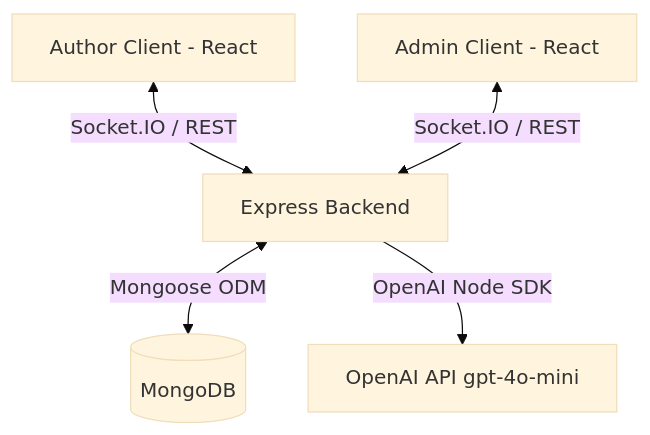
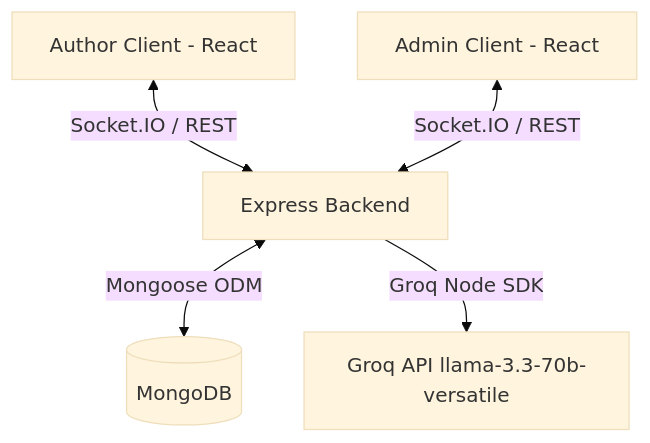
The diagram in README.md (sonu9716/bookleaf-assignment), drawn with Mermaid (base theme) before and after one commit. The commit also changed other lines of this file, not shown here.

Commit message:
Update README.md with Groq API setup instructions

````diff
--- a/README.md
+++ b/README.md
@@ -67,7 +67,7 @@
 ```mermaid
 graph TD
   A[Author Client - React] <-->|Socket.IO / REST| C[Express Backend]
   B[Admin Client - React] <-->|Socket.IO / REST| C
   C <-->|Mongoose ODM| D[(MongoDB)]
-  C -->|OpenAI Node SDK| E[OpenAI API gpt-4o-mini]
+  C -->|Groq Node SDK| E[Groq API llama-3.3-70b-versatile]
 ```
````
